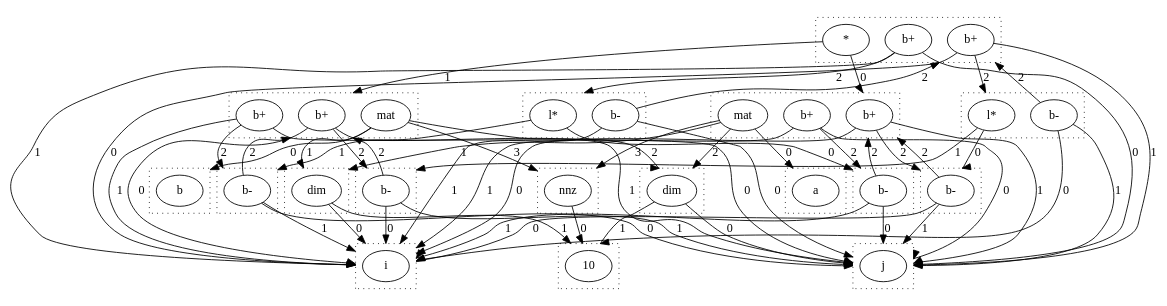
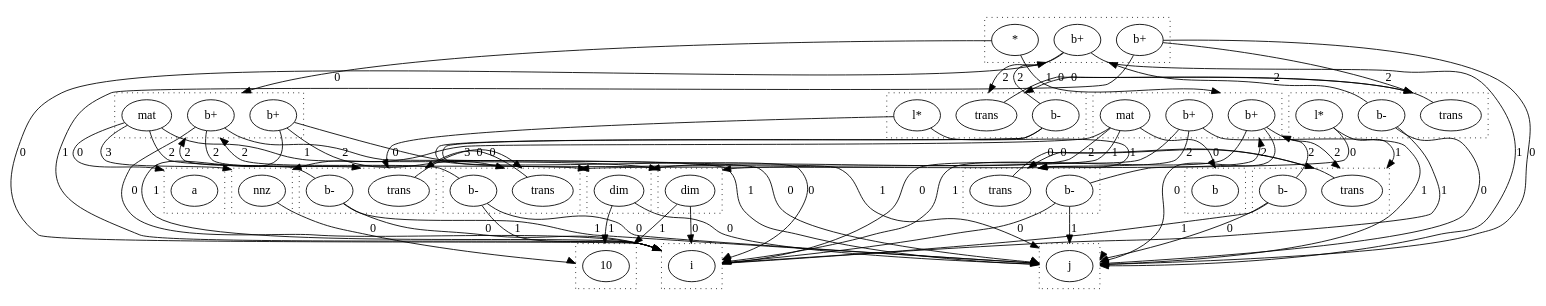
One commit to wormhole-optimization/warp changed the diagram in dots/raunbind.dot. Above: the diagram before and after it, drawn with Graphviz. The commit also changed 3 other files, not shown here.

```diff
--- a/dots/raunbind.dot
+++ b/dots/raunbind.dot
@@ -1,134 +1,146 @@
 digraph {
   compound=true
   subgraph cluster_0 {
     style=dotted
     0.0[label = "i"]
   }
   subgraph cluster_1 {
     style=dotted
     1.0[label = "j"]
   }
   subgraph cluster_2 {
     style=dotted
     2.0[label = "a"]
   }
   subgraph cluster_3 {
     style=dotted
     3.0[label = "10"]
   }
   subgraph cluster_4 {
     style=dotted
     4.0[label = "dim"]
   }
   subgraph cluster_5 {
     style=dotted
     5.0[label = "dim"]
   }
   subgraph cluster_6 {
     style=dotted
     6.0[label = "nnz"]
   }
   subgraph cluster_7 {
     style=dotted
     7.0[label = "b+"]
     7.1[label = "mat"]
     7.2[label = "b+"]
   }
   subgraph cluster_8 {
     style=dotted
     8.0[label = "b"]
   }
   subgraph cluster_9 {
     style=dotted
     9.0[label = "b+"]
     9.1[label = "mat"]
     9.2[label = "b+"]
   }
   subgraph cluster_10 {
     style=dotted
     10.0[label = "b+"]
     10.1[label = "*"]
     10.2[label = "b+"]
   }
   subgraph cluster_11 {
     style=dotted
-    11.0[label = "l*"]
+    11.0[label = "trans"]
     11.1[label = "b-"]
+    11.2[label = "l*"]
   }
   subgraph cluster_12 {
     style=dotted
-    12.0[label = "b-"]
+    12.0[label = "trans"]
+    12.1[label = "b-"]
   }
   subgraph cluster_14 {
     style=dotted
-    14.0[label = "b-"]
+    14.0[label = "trans"]
+    14.1[label = "b-"]
   }
   subgraph cluster_16 {
     style=dotted
-    16.0[label = "b-"]
+    16.0[label = "trans"]
+    16.1[label = "b-"]
   }
   subgraph cluster_18 {
     style=dotted
-    18.0[label = "b-"]
+    18.0[label = "trans"]
+    18.1[label = "b-"]
   }
   subgraph cluster_20 {
     style=dotted
-    20.0[label = "l*"]
+    20.0[label = "trans"]
     20.1[label = "b-"]
+    20.2[label = "l*"]
   }
   4.0 -> 0.0 [lhead = cluster_0, label = 0]
   4.0 -> 3.0 [lhead = cluster_3, label = 1]
   5.0 -> 1.0 [lhead = cluster_1, label = 0]
   5.0 -> 3.0 [lhead = cluster_3, label = 1]
   6.0 -> 3.0 [lhead = cluster_3, label = 0]
   7.0 -> 0.0 [lhead = cluster_0, label = 0]
   7.0 -> 1.0 [lhead = cluster_1, label = 1]
   7.0 -> 14.0 [lhead = cluster_14, label = 2]
   7.1 -> 2.0 [lhead = cluster_2, label = 0]
   7.1 -> 4.0 [lhead = cluster_4, label = 1]
   7.1 -> 5.0 [lhead = cluster_5, label = 2]
   7.1 -> 6.0 [lhead = cluster_6, label = 3]
   7.2 -> 1.0 [lhead = cluster_1, label = 0]
   7.2 -> 0.0 [lhead = cluster_0, label = 1]
   7.2 -> 12.0 [lhead = cluster_12, label = 2]
-  9.0 -> 0.0 [lhead = cluster_0, label = 0]
-  9.0 -> 1.0 [lhead = cluster_1, label = 1]
+  9.0 -> 1.0 [lhead = cluster_1, label = 0]
+  9.0 -> 0.0 [lhead = cluster_0, label = 1]
   9.0 -> 18.0 [lhead = cluster_18, label = 2]
   9.1 -> 8.0 [lhead = cluster_8, label = 0]
   9.1 -> 4.0 [lhead = cluster_4, label = 1]
   9.1 -> 5.0 [lhead = cluster_5, label = 2]
   9.1 -> 6.0 [lhead = cluster_6, label = 3]
-  9.2 -> 1.0 [lhead = cluster_1, label = 0]
-  9.2 -> 0.0 [lhead = cluster_0, label = 1]
+  9.2 -> 0.0 [lhead = cluster_0, label = 0]
+  9.2 -> 1.0 [lhead = cluster_1, label = 1]
   9.2 -> 16.0 [lhead = cluster_16, label = 2]
   10.0 -> 0.0 [lhead = cluster_0, label = 0]
   10.0 -> 1.0 [lhead = cluster_1, label = 1]
   10.0 -> 11.0 [lhead = cluster_11, label = 2]
   10.1 -> 7.0 [lhead = cluster_7, label = 0]
   10.1 -> 9.0 [lhead = cluster_9, label = 1]
   10.2 -> 1.0 [lhead = cluster_1, label = 0]
   10.2 -> 0.0 [lhead = cluster_0, label = 1]
   10.2 -> 20.0 [lhead = cluster_20, label = 2]
-  11.0 -> 14.0 [lhead = cluster_14, label = 0]
-  11.0 -> 18.0 [lhead = cluster_18, label = 1]
+  11.0 -> 20.0 [lhead = cluster_20, label = 0]
   11.1 -> 0.0 [lhead = cluster_0, label = 0]
   11.1 -> 1.0 [lhead = cluster_1, label = 1]
   11.1 -> 10.0 [lhead = cluster_10, label = 2]
-  12.0 -> 1.0 [lhead = cluster_1, label = 0]
-  12.0 -> 0.0 [lhead = cluster_0, label = 1]
-  12.0 -> 7.0 [lhead = cluster_7, label = 2]
-  14.0 -> 0.0 [lhead = cluster_0, label = 0]
-  14.0 -> 1.0 [lhead = cluster_1, label = 1]
-  14.0 -> 7.0 [lhead = cluster_7, label = 2]
-  16.0 -> 1.0 [lhead = cluster_1, label = 0]
-  16.0 -> 0.0 [lhead = cluster_0, label = 1]
-  16.0 -> 9.0 [lhead = cluster_9, label = 2]
-  18.0 -> 0.0 [lhead = cluster_0, label = 0]
-  18.0 -> 1.0 [lhead = cluster_1, label = 1]
-  18.0 -> 9.0 [lhead = cluster_9, label = 2]
-  20.0 -> 12.0 [lhead = cluster_12, label = 0]
-  20.0 -> 16.0 [lhead = cluster_16, label = 1]
+  11.2 -> 14.0 [lhead = cluster_14, label = 0]
+  11.2 -> 16.0 [lhead = cluster_16, label = 1]
+  12.0 -> 14.0 [lhead = cluster_14, label = 0]
+  12.1 -> 1.0 [lhead = cluster_1, label = 0]
+  12.1 -> 0.0 [lhead = cluster_0, label = 1]
+  12.1 -> 7.0 [lhead = cluster_7, label = 2]
+  14.0 -> 12.0 [lhead = cluster_12, label = 0]
+  14.1 -> 0.0 [lhead = cluster_0, label = 0]
+  14.1 -> 1.0 [lhead = cluster_1, label = 1]
+  14.1 -> 7.0 [lhead = cluster_7, label = 2]
+  16.0 -> 18.0 [lhead = cluster_18, label = 0]
+  16.1 -> 0.0 [lhead = cluster_0, label = 0]
+  16.1 -> 1.0 [lhead = cluster_1, label = 1]
+  16.1 -> 9.0 [lhead = cluster_9, label = 2]
+  18.0 -> 16.0 [lhead = cluster_16, label = 0]
+  18.1 -> 1.0 [lhead = cluster_1, label = 0]
+  18.1 -> 0.0 [lhead = cluster_0, label = 1]
+  18.1 -> 9.0 [lhead = cluster_9, label = 2]
+  20.0 -> 11.0 [lhead = cluster_11, label = 0]
   20.1 -> 1.0 [lhead = cluster_1, label = 0]
   20.1 -> 0.0 [lhead = cluster_0, label = 1]
   20.1 -> 10.0 [lhead = cluster_10, label = 2]
+  20.2 -> 12.0 [lhead = cluster_12, label = 0]
+  20.2 -> 18.0 [lhead = cluster_18, label = 1]
 }
```
